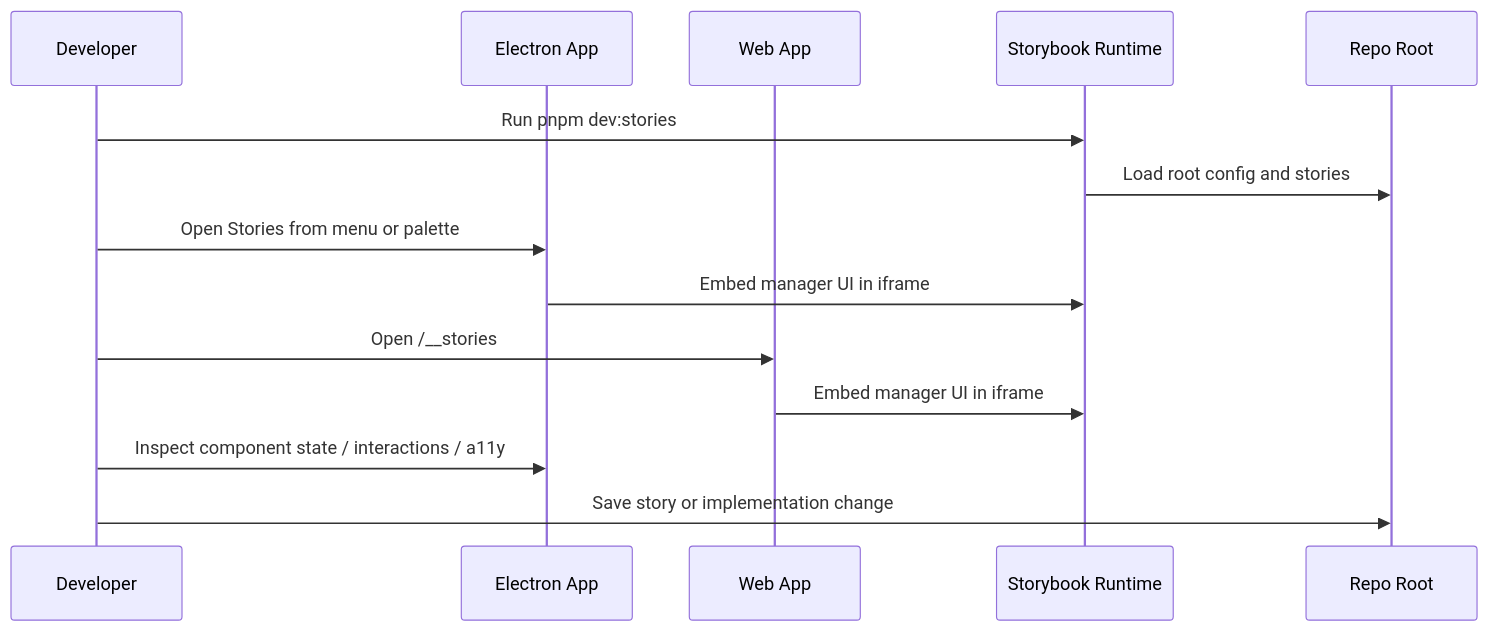
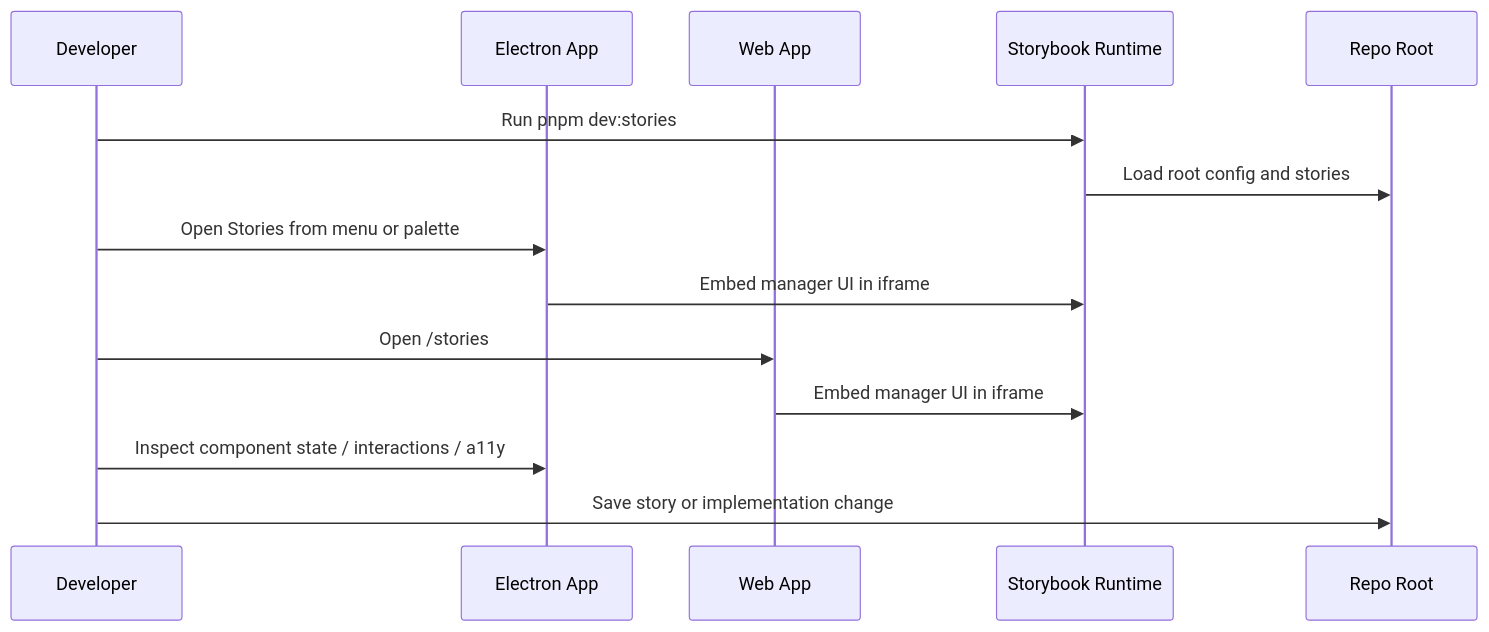
Before and after one commit to crs48/xNet: the third of 4 diagrams in docs/explorations/0107_[_]_STORYBOOK_PERFORMANCE_PANEL_AND_ELECTRON_IDE_WORKSHOP.md, drawn with Mermaid. The commit also changed other lines of this file and 21 other files, not shown here.

````diff
--- a/docs/explorations/0107_[_]_STORYBOOK_PERFORMANCE_PANEL_AND_ELECTRON_IDE_WORKSHOP.md
+++ b/docs/explorations/0107_[_]_STORYBOOK_PERFORMANCE_PANEL_AND_ELECTRON_IDE_WORKSHOP.md
@@ -236,17 +236,17 @@
 ```mermaid
 sequenceDiagram
   participant Dev as Developer
   participant ELEC as Electron App
   participant WEB as Web App
   participant SB as Storybook Runtime
   participant Repo as Repo Root
 
   Dev->>SB: Run pnpm dev:stories
   SB->>Repo: Load root config and stories
   Dev->>ELEC: Open Stories from menu or palette
   ELEC->>SB: Embed manager UI in iframe
-  Dev->>WEB: Open /__stories
+  Dev->>WEB: Open /stories
   WEB->>SB: Embed manager UI in iframe
   Dev->>ELEC: Inspect component state / interactions / a11y
   Dev->>Repo: Save story or implementation change
 ```
````
